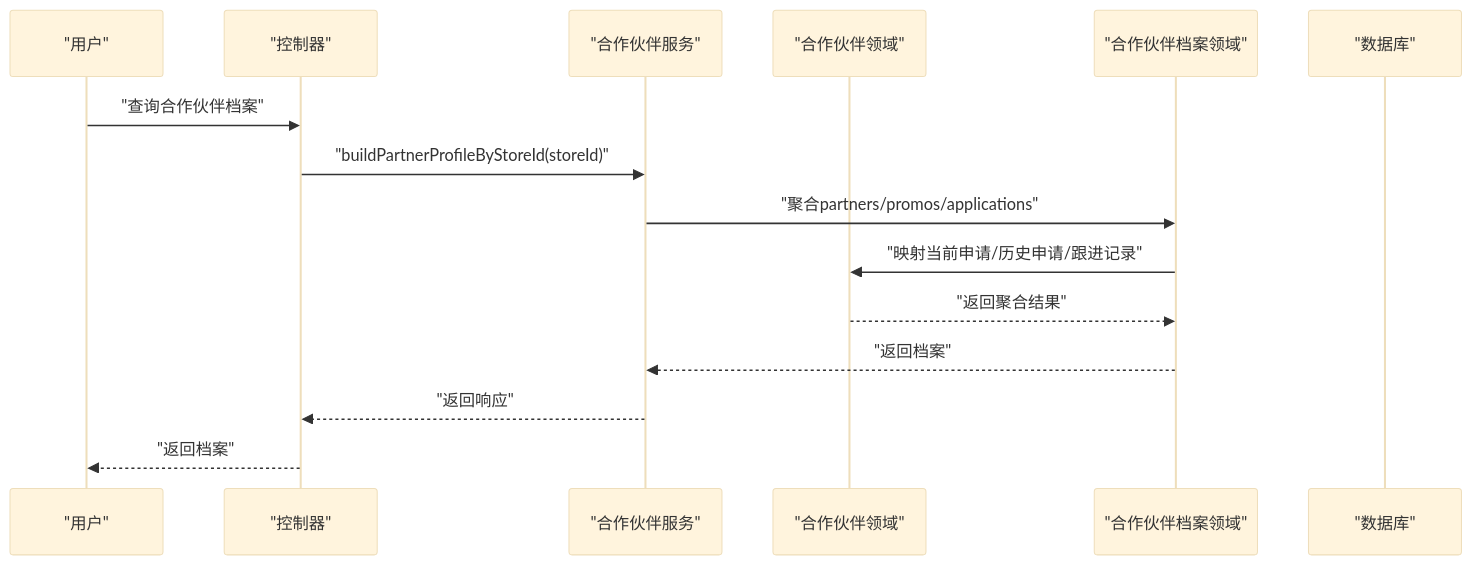
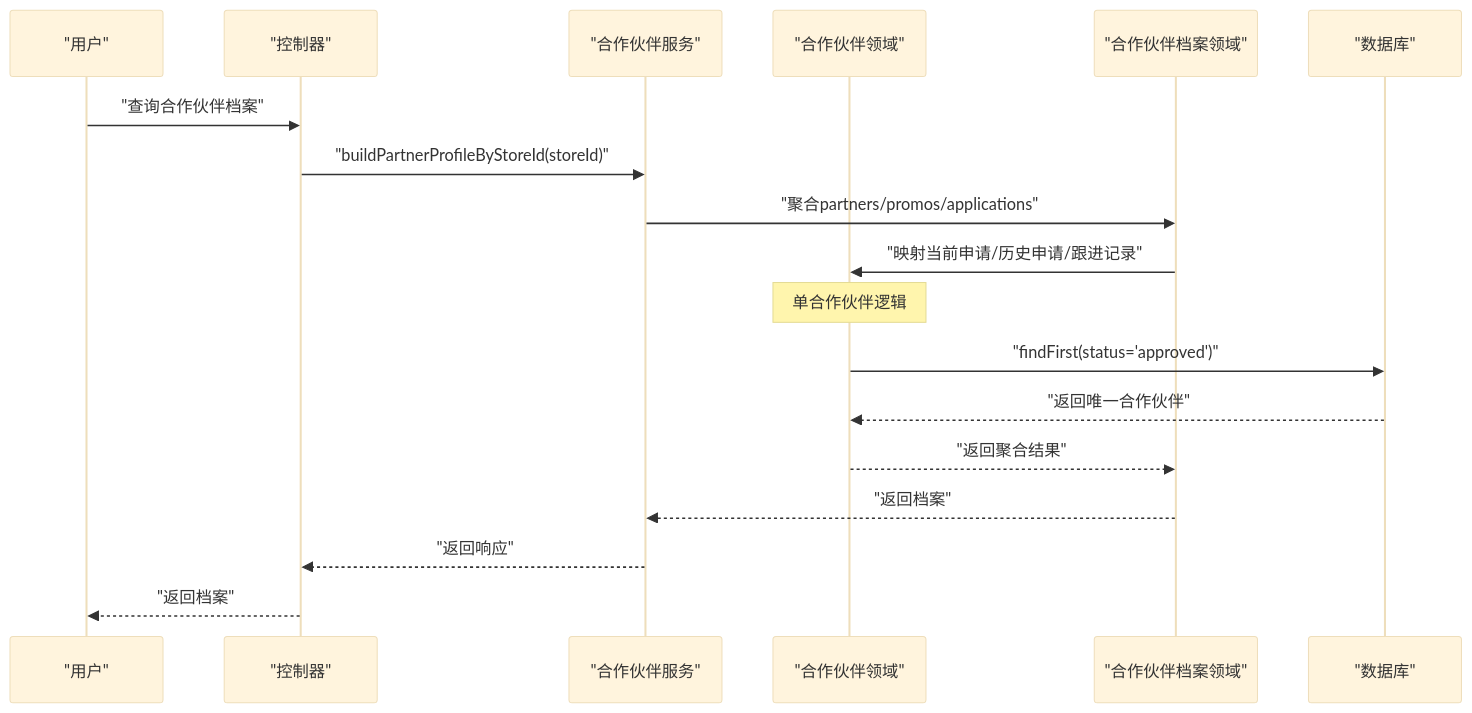
One commit to rc558620/purelyprofit-server changed the fifth of 11 diagrams in .qoder/repowiki/zh/content/业务模块/会员管理模块/平台会员管理.md. Above: the diagram before and after it, drawn with Mermaid (base theme). The commit also changed other lines of this file and 8 other files, not shown here.

````diff
--- a/.qoder/repowiki/zh/content/业务模块/会员管理模块/平台会员管理.md
+++ b/.qoder/repowiki/zh/content/业务模块/会员管理模块/平台会员管理.md
@@ -250,17 +251,20 @@
 ```mermaid
 sequenceDiagram
 participant U as "用户"
 participant C as "控制器"
 participant PS as "合作伙伴服务"
 participant PD as "合作伙伴领域"
 participant PP as "合作伙伴档案领域"
 participant DB as "数据库"
 U->>C : "查询合作伙伴档案"
 C->>PS : "buildPartnerProfileByStoreId(storeId)"
 PS->>PP : "聚合partners/promos/applications"
 PP->>PD : "映射当前申请/历史申请/跟进记录"
+Note over PD : 单合作伙伴逻辑
+PD->>DB : "findFirst(status='approved')"
+DB-->>PD : "返回唯一合作伙伴"
 PD-->>PP : "返回聚合结果"
 PP-->>PS : "返回档案"
 PS-->>C : "返回响应"
 C-->>U : "返回档案"
 ```
````
